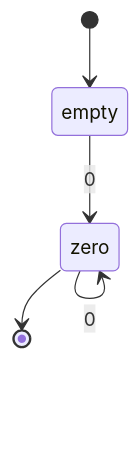
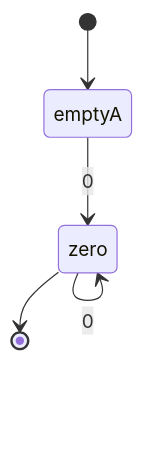
One commit to raganwald/raganwald.github.com changed the third of 31 diagrams in _posts/2019-09-21-recognizing-myself.md. Above: the diagram before and after it, drawn with Mermaid. The commit also changed other lines of this file, not shown here.

Commit message:
three diagrams

```diff
--- a/_posts/2019-09-21-recognizing-myself.md
+++ b/_posts/2019-09-21-recognizing-myself.md
@@ -437,7 +437,7 @@
 <div class="mermaid">
   stateDiagram
-    [*]-->empty
-    empty-->zero : 0
+    [*]-->emptyA
+    emptyA-->zero : 0
     zero-->zero : 0
     zero-->[*]
 </div>
```
